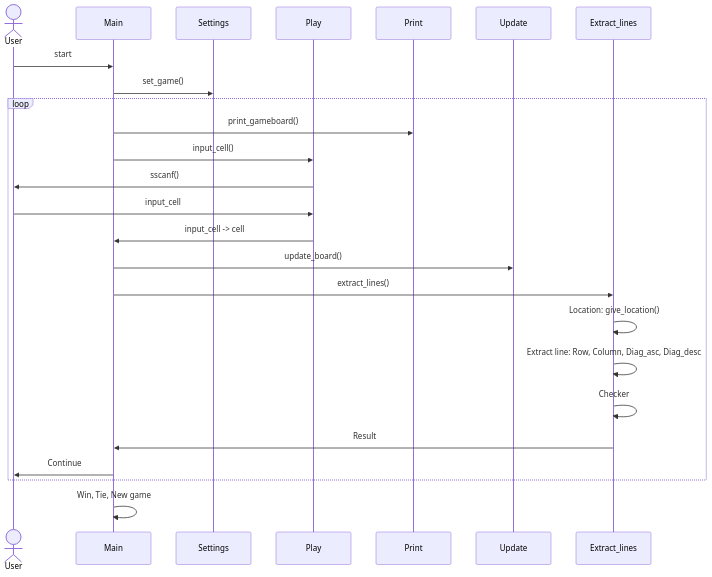
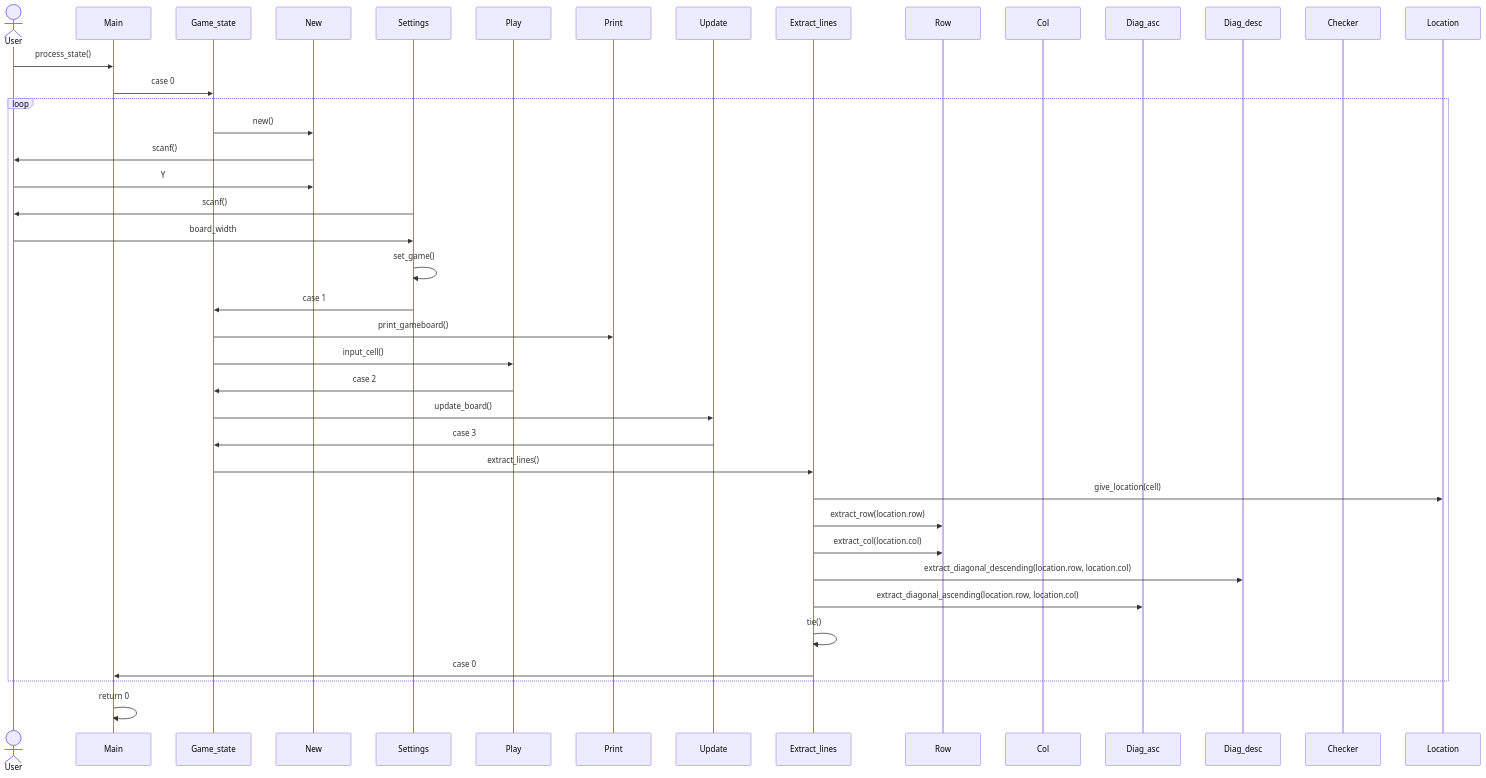
The second of 2 diagrams in docs/architecture.md (mcpaulafi/ctictactoe), drawn with Mermaid before and after one commit. The commit also changed other lines of this file and 4 other files, not shown here.

Commit message:
Simpler process for game state from 10 cases to 5.

````diff
--- a/docs/architecture.md
+++ b/docs/architecture.md
@@ -23,30 +19,46 @@
 ```mermaid
 sequenceDiagram
     actor User
     participant Main
+    participant Game_state
+    participant New
     participant Settings
     participant Play
     participant Print
     participant Update
     participant Extract_lines
+    participant Row
+    participant Col
+    participant Diag_asc
+    participant Diag_desc
+    participant Checker
+    participant Location
 
-    User->> Main: start
-    Main->>Settings: set_game()
+    User->> Main: process_state()
+    Main->>Game_state: case 0
     loop
-        Main->>Print: print_gameboard()
-        Main->>Play: input_cell()
-        Play->>User: sscanf()
-        User->>Play: input_cell
-        Play->>Main: input_cell -> cell
-        Main->>Update: update_board()
-        Main->>Extract_lines: extract_lines()
-        Extract_lines->>Extract_lines: Location: give_location()
-        Extract_lines->>Extract_lines: Extract line: Row, Column, Diag_asc, Diag_desc
-        Extract_lines->>Extract_lines: Checker
-        Extract_lines->>Main: Result
-        Main->>User: Continue
+        Game_state ->> New: new() 
+        New ->> User: scanf()
+        User ->> New: Y
+        Settings ->> User: scanf()
+        User ->> Settings: board_width
+        Settings ->> Settings: set_game()
+        Settings ->> Game_state: case 1
+        Game_state ->> Print: print_gameboard()
+        Game_state ->> Play: input_cell()
+        Play ->> Game_state: case 2
+        Game_state ->> Update: update_board()
+        Update ->> Game_state: case 3
+        Game_state ->> Extract_lines: extract_lines()
+        Extract_lines ->> Location: give_location(cell)
+        Extract_lines ->> Row: extract_row(location.row)
+        Extract_lines ->> Row: extract_col(location.col)
+        Extract_lines ->> Diag_desc: extract_diagonal_descending(location.row, location.col)
+        Extract_lines ->> Diag_asc: extract_diagonal_ascending(location.row, location.col)
+        Extract_lines ->> Extract_lines: tie()
+        Extract_lines ->> Main: case 0
     end
 
-    Main->>Main: Win, Tie, New game
+    Main->>Main: return 0
 
 ```
````
